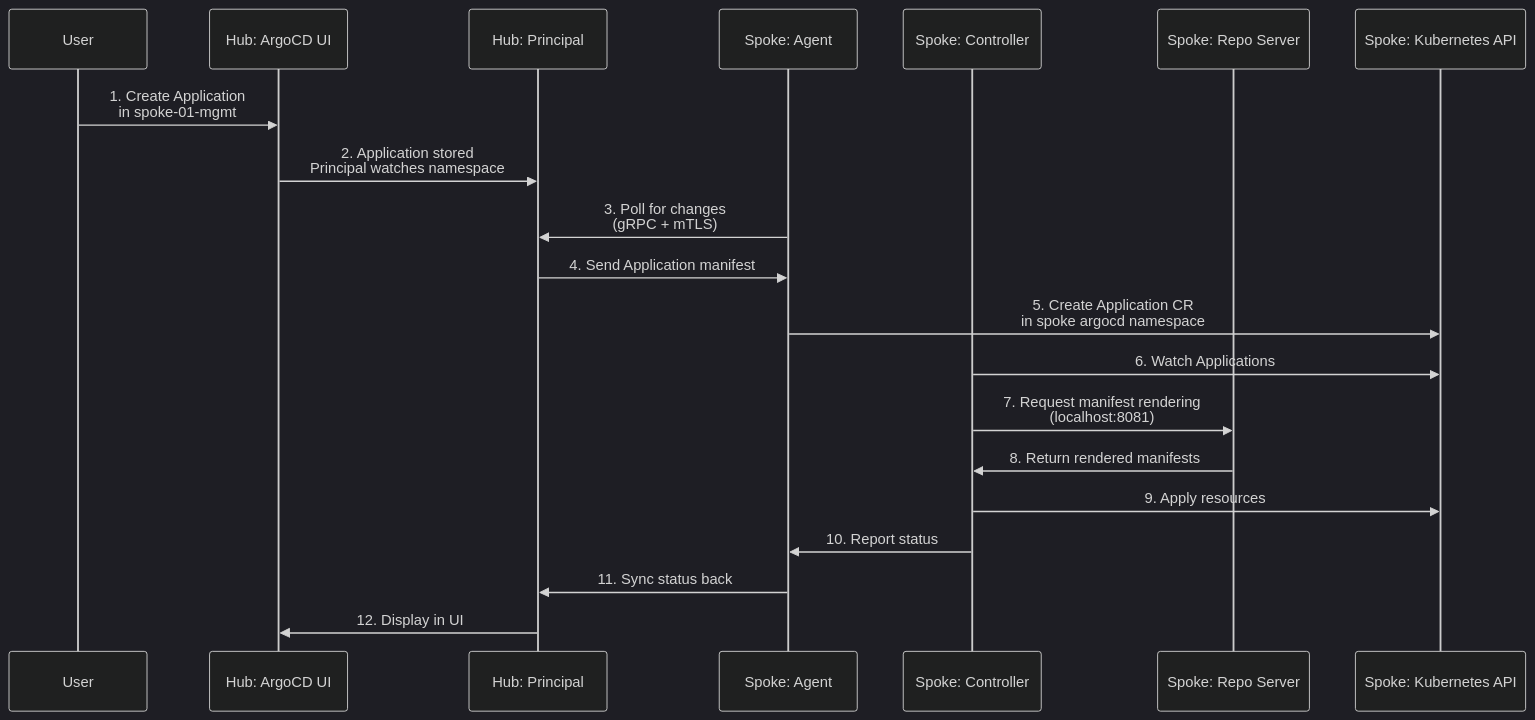
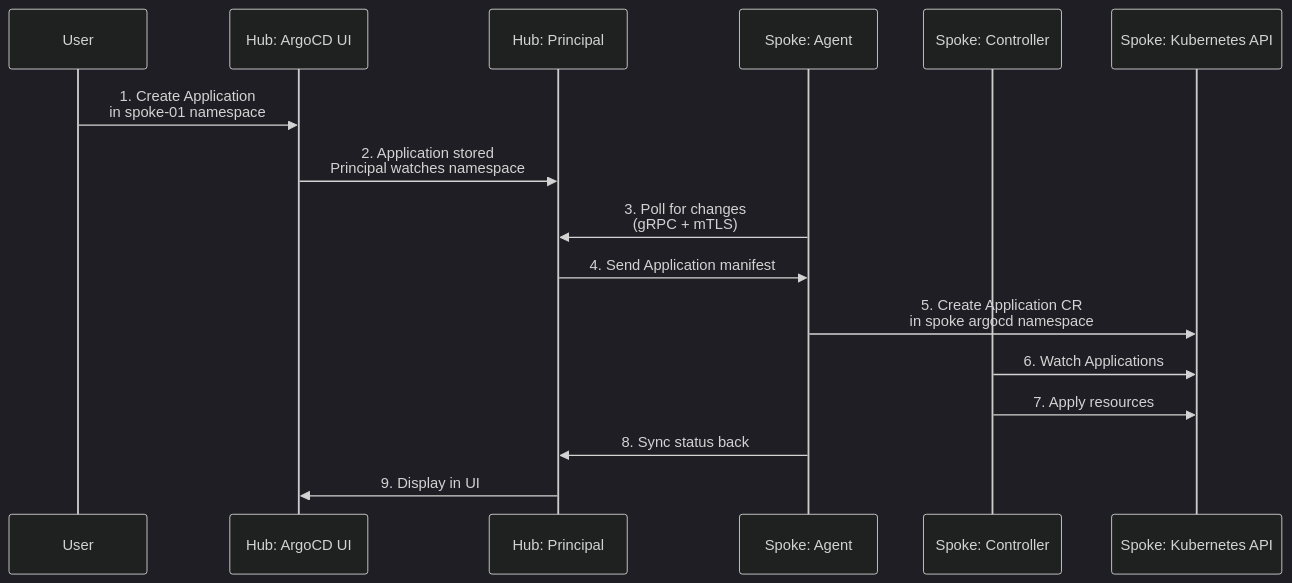
Before and after one commit to JOELNATHAN544/observability: the second of 2 diagrams in docs/argocd-agent-architecture.md, drawn with Mermaid (dark theme). The commit also changed other lines of this file and 28 other files, not shown here.

````diff
--- a/docs/argocd-agent-architecture.md
+++ b/docs/argocd-agent-architecture.md
@@ -90,23 +90,19 @@
 ```mermaid
 sequenceDiagram
     participant User
     participant Hub_UI as Hub: ArgoCD UI
     participant Hub_Principal as Hub: Principal
     participant Spoke_Agent as Spoke: Agent
     participant Spoke_Controller as Spoke: Controller
-    participant Spoke_Repo as Spoke: Repo Server
     participant K8s as Spoke: Kubernetes API
     
-    User->>Hub_UI: 1. Create Application<br/>in spoke-01-mgmt
+    User->>Hub_UI: 1. Create Application<br/>in spoke-01 namespace
     Hub_UI->>Hub_Principal: 2. Application stored<br/>Principal watches namespace
     Spoke_Agent->>Hub_Principal: 3. Poll for changes<br/>(gRPC + mTLS)
     Hub_Principal->>Spoke_Agent: 4. Send Application manifest
     Spoke_Agent->>K8s: 5. Create Application CR<br/>in spoke argocd namespace
     Spoke_Controller->>K8s: 6. Watch Applications
-    Spoke_Controller->>Spoke_Repo: 7. Request manifest rendering<br/>(localhost:8081)
-    Spoke_Repo->>Spoke_Controller: 8. Return rendered manifests
-    Spoke_Controller->>K8s: 9. Apply resources
-    Spoke_Controller->>Spoke_Agent: 10. Report status
-    Spoke_Agent->>Hub_Principal: 11. Sync status back
-    Hub_Principal->>Hub_UI: 12. Display in UI
+    Spoke_Controller->>K8s: 7. Apply resources
+    Spoke_Agent->>Hub_Principal: 8. Sync status back
+    Hub_Principal->>Hub_UI: 9. Display in UI
 ```
````
